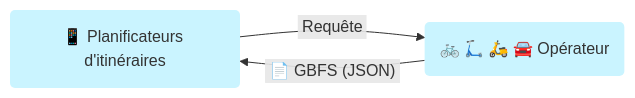
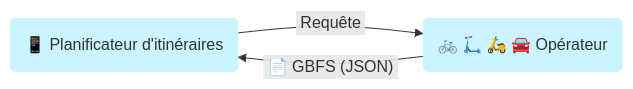
One commit to MobilityData/gbfs.org changed the first of 4 diagrams in docs/fr/get-started.md. Above: the diagram before and after it, drawn with Mermaid. The commit also changed 1 other file, not shown here.

Commit message:
Fix plural in GBFS overview diagram in es and fr

````diff
--- a/docs/fr/get-started.md
+++ b/docs/fr/get-started.md
@@ -24,9 +24,9 @@
 ```mermaid
 graph LR
   classDef blue fill:#CAF4FF,stroke-width:0px;
 
-  A(📱 Planificateurs d'itinéraires) -->|&nbsp;Requête&nbsp;| B(🚲 🛴 🛵 🚘 Opérateur);
+  A(📱 Planificateur d'itinéraires) -->|&nbsp;Requête&nbsp;| B(🚲 🛴 🛵 🚘 Opérateur);
   B -->|"&nbsp;📄 GBFS (JSON)&nbsp;"| A;
 
   class A,B blue
 ```
````
